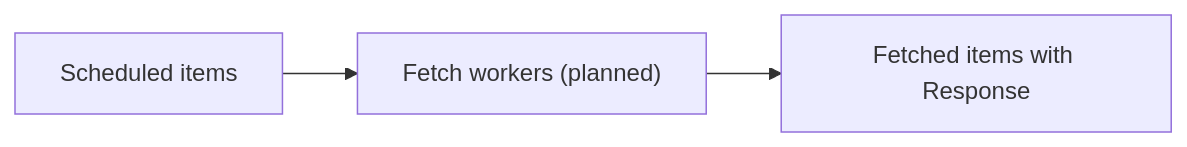
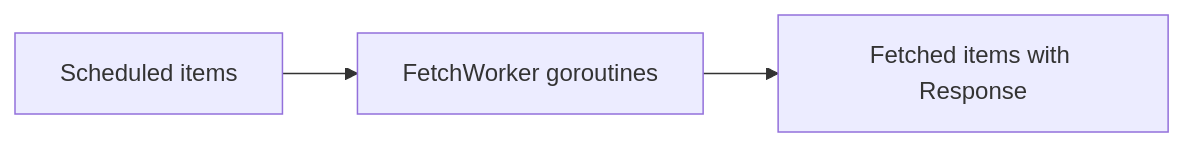
One commit to bijay-develops/Concurrent-Web-Crawler-with-Pluggable-Pipelines changed the diagram in docs/internal/pipeline/fetch.go.md. Above: the diagram before and after it, drawn with Mermaid. The commit also changed other lines of this file, not shown here.

Commit message:
feat: enhance fetch stage documentation and implementation details in fetch.go

````diff
--- a/docs/internal/pipeline/fetch.go.md
+++ b/docs/internal/pipeline/fetch.go.md
@@ -36,5 +48,5 @@
 ```mermaid
 flowchart LR
-  A["Scheduled items"] --> B["Fetch workers (planned)"]
+  A["Scheduled items"] --> B["FetchWorker goroutines"]
   B --> C["Fetched items with Response"]
 ```
````
